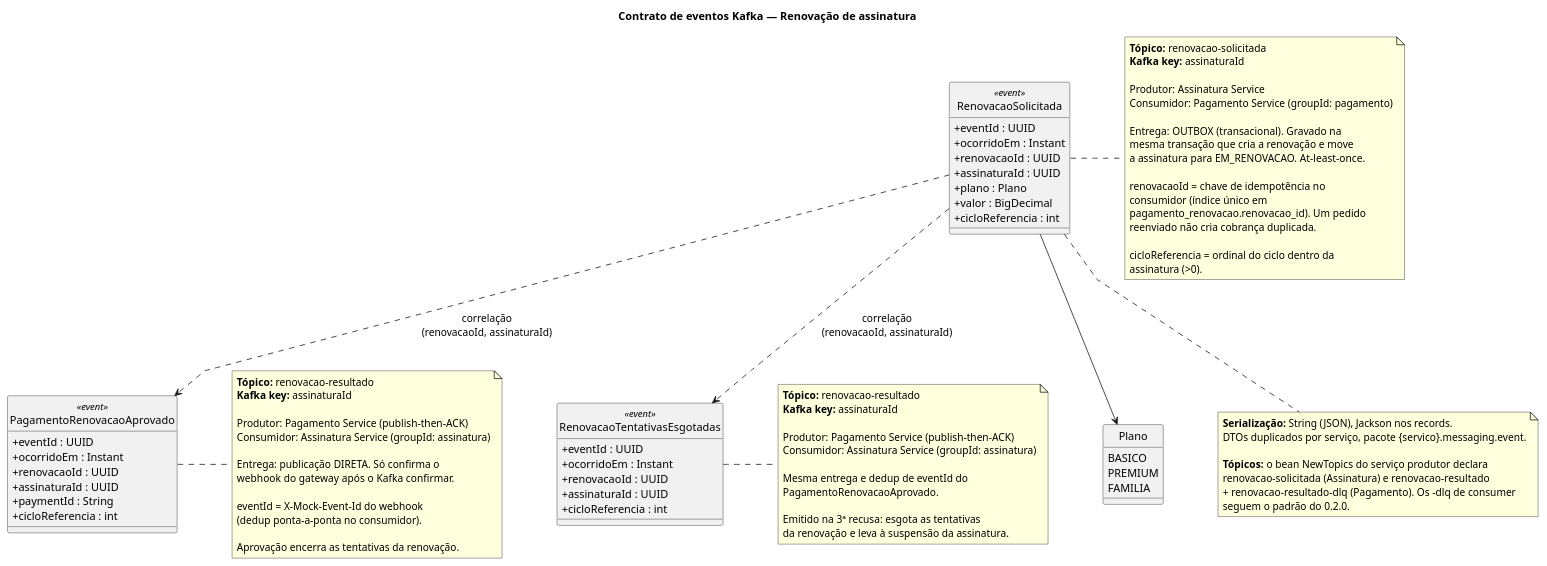
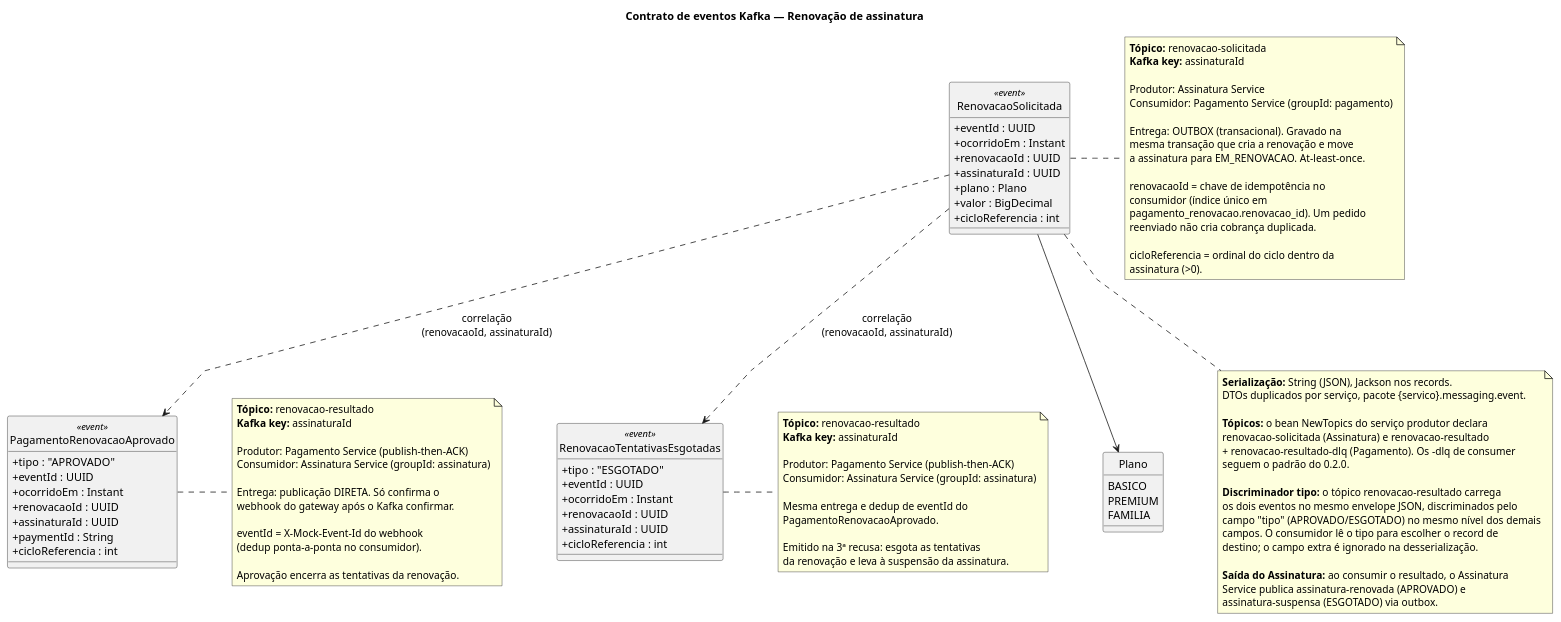
The diagram in docs/contratos/contrato-eventos-renovacao.puml (fabriciosouza21/assinatura), drawn with PlantUML before and after one commit. The commit also changed 3 other files, not shown here.

First line of the commit message:
feat(assinatura): declara topicos e rotas do resultado de renovacao

```diff
--- a/docs/contratos/contrato-eventos-renovacao.puml
+++ b/docs/contratos/contrato-eventos-renovacao.puml
@@ -1,107 +1,119 @@
 @startuml
 title Contrato de eventos Kafka — Renovação de assinatura
 
 hide circle
 skinparam classAttributeIconSize 0
 skinparam linetype polyline
 skinparam nodesep 70
 skinparam ranksep 80
 
 class RenovacaoSolicitada <<event>> {
   + eventId : UUID
   + ocorridoEm : Instant
   + renovacaoId : UUID
   + assinaturaId : UUID
   + plano : Plano
   + valor : BigDecimal
   + cicloReferencia : int
 }
 
 class PagamentoRenovacaoAprovado <<event>> {
+  + tipo : "APROVADO"
   + eventId : UUID
   + ocorridoEm : Instant
   + renovacaoId : UUID
   + assinaturaId : UUID
   + paymentId : String
   + cicloReferencia : int
 }
 
 class RenovacaoTentativasEsgotadas <<event>> {
+  + tipo : "ESGOTADO"
   + eventId : UUID
   + ocorridoEm : Instant
   + renovacaoId : UUID
   + assinaturaId : UUID
   + cicloReferencia : int
 }
 
 enum Plano {
   BASICO
   PREMIUM
   FAMILIA
 }
 
 RenovacaoSolicitada ..> PagamentoRenovacaoAprovado : correlação\n(renovacaoId, assinaturaId)
 RenovacaoSolicitada ..> RenovacaoTentativasEsgotadas : correlação\n(renovacaoId, assinaturaId)
 RenovacaoSolicitada --> Plano
 
 note right of RenovacaoSolicitada
   **Tópico:** renovacao-solicitada
   **Kafka key:** assinaturaId
 
   Produtor: Assinatura Service
   Consumidor: Pagamento Service (groupId: pagamento)
 
   Entrega: OUTBOX (transacional). Gravado na
   mesma transação que cria a renovação e move
   a assinatura para EM_RENOVACAO. At-least-once.
 
   renovacaoId = chave de idempotência no
   consumidor (índice único em
   pagamento_renovacao.renovacao_id). Um pedido
   reenviado não cria cobrança duplicada.
 
   cicloReferencia = ordinal do ciclo dentro da
   assinatura (>0).
 end note
 
 note right of PagamentoRenovacaoAprovado
   **Tópico:** renovacao-resultado
   **Kafka key:** assinaturaId
 
   Produtor: Pagamento Service (publish-then-ACK)
   Consumidor: Assinatura Service (groupId: assinatura)
 
   Entrega: publicação DIRETA. Só confirma o
   webhook do gateway após o Kafka confirmar.
 
   eventId = X-Mock-Event-Id do webhook
   (dedup ponta-a-ponta no consumidor).
 
   Aprovação encerra as tentativas da renovação.
 end note
 
 note right of RenovacaoTentativasEsgotadas
   **Tópico:** renovacao-resultado
   **Kafka key:** assinaturaId
 
   Produtor: Pagamento Service (publish-then-ACK)
   Consumidor: Assinatura Service (groupId: assinatura)
 
   Mesma entrega e dedup de eventId do
   PagamentoRenovacaoAprovado.
 
   Emitido na 3ª recusa: esgota as tentativas
   da renovação e leva à suspensão da assinatura.
 end note
 
 note bottom of RenovacaoSolicitada
   **Serialização:** String (JSON), Jackson nos records.
   DTOs duplicados por serviço, pacote {servico}.messaging.event.
 
   **Tópicos:** o bean NewTopics do serviço produtor declara
   renovacao-solicitada (Assinatura) e renovacao-resultado
   + renovacao-resultado-dlq (Pagamento). Os -dlq de consumer
   seguem o padrão do 0.2.0.
+
+  **Discriminador tipo:** o tópico renovacao-resultado carrega
+  os dois eventos no mesmo envelope JSON, discriminados pelo
+  campo "tipo" (APROVADO/ESGOTADO) no mesmo nível dos demais
+  campos. O consumidor lê o tipo para escolher o record de
+  destino; o campo extra é ignorado na desserialização.
+
+  **Saída do Assinatura:** ao consumir o resultado, o Assinatura
+  Service publica assinatura-renovada (APROVADO) e
+  assinatura-suspensa (ESGOTADO) via outbox.
 end note
 
 @enduml
```
